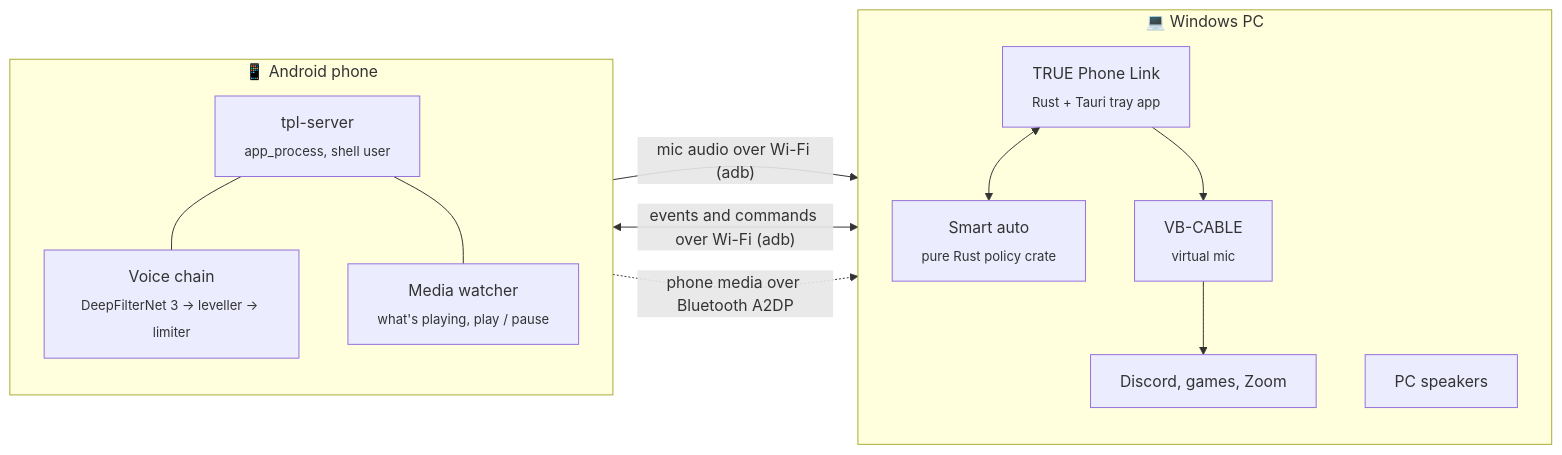
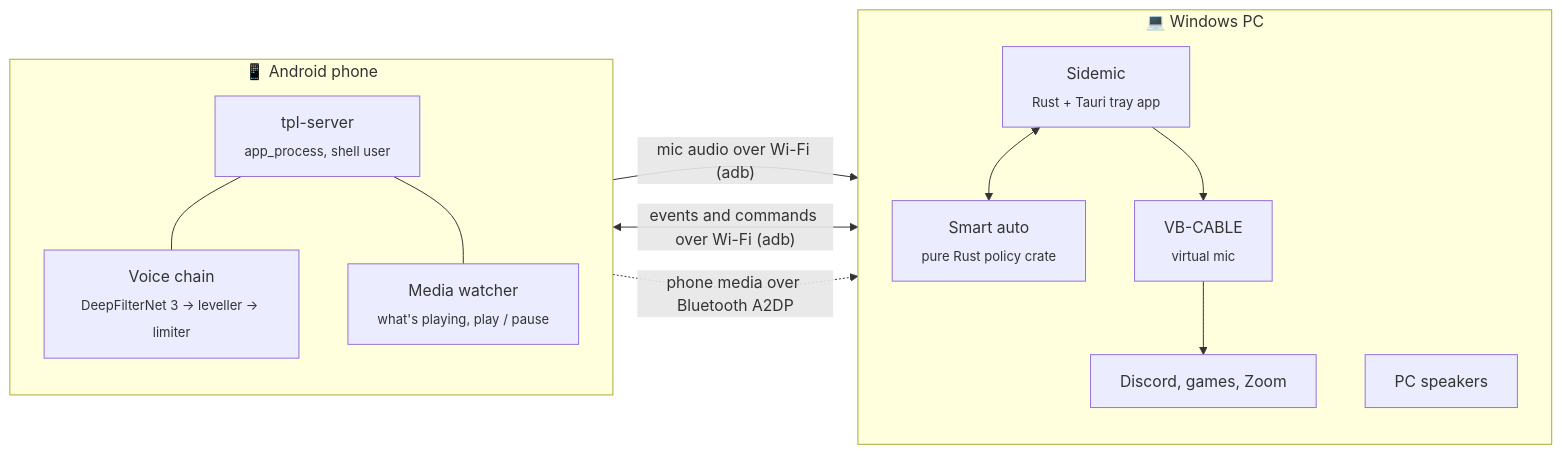
Before and after one commit to Sohwhat6420/sidemic: the diagram in README.md, drawn with Mermaid. The commit also changed other lines of this file and 13 other files, not shown here.

Commit message:
Rename to Sidemic: product name, UI copy, tray, docs; first start removes the old TRUE Phone Link Run value and install folder; TPL_DENOISE test knob

````diff
--- a/README.md
+++ b/README.md
@@ -104,26 +104,26 @@
 ```mermaid
 flowchart LR
     subgraph phone["📱 Android phone"]
         direction TB
         srv["tpl-server<br/><sub>app_process, shell user</sub>"]
         dsp["Voice chain<br/><sub>DeepFilterNet 3 → leveller → limiter</sub>"]
         media["Media watcher<br/><sub>what's playing, play / pause</sub>"]
         srv --- dsp
         srv --- media
     end
 
     subgraph pc["💻 Windows PC"]
         direction TB
-        app["TRUE Phone Link<br/><sub>Rust + Tauri tray app</sub>"]
+        app["Sidemic<br/><sub>Rust + Tauri tray app</sub>"]
         policy["Smart auto<br/><sub>pure Rust policy crate</sub>"]
         cable["VB-CABLE<br/><sub>virtual mic</sub>"]
         apps["Discord, games, Zoom"]
         spk["PC speakers"]
         app <--> policy
         app --> cable --> apps
     end
 
     dsp -->|"mic audio over Wi-Fi (adb)"| app
     media <-->|"events and commands over Wi-Fi (adb)"| app
     phone -.->|"phone media over Bluetooth A2DP"| spk
 ```
````
